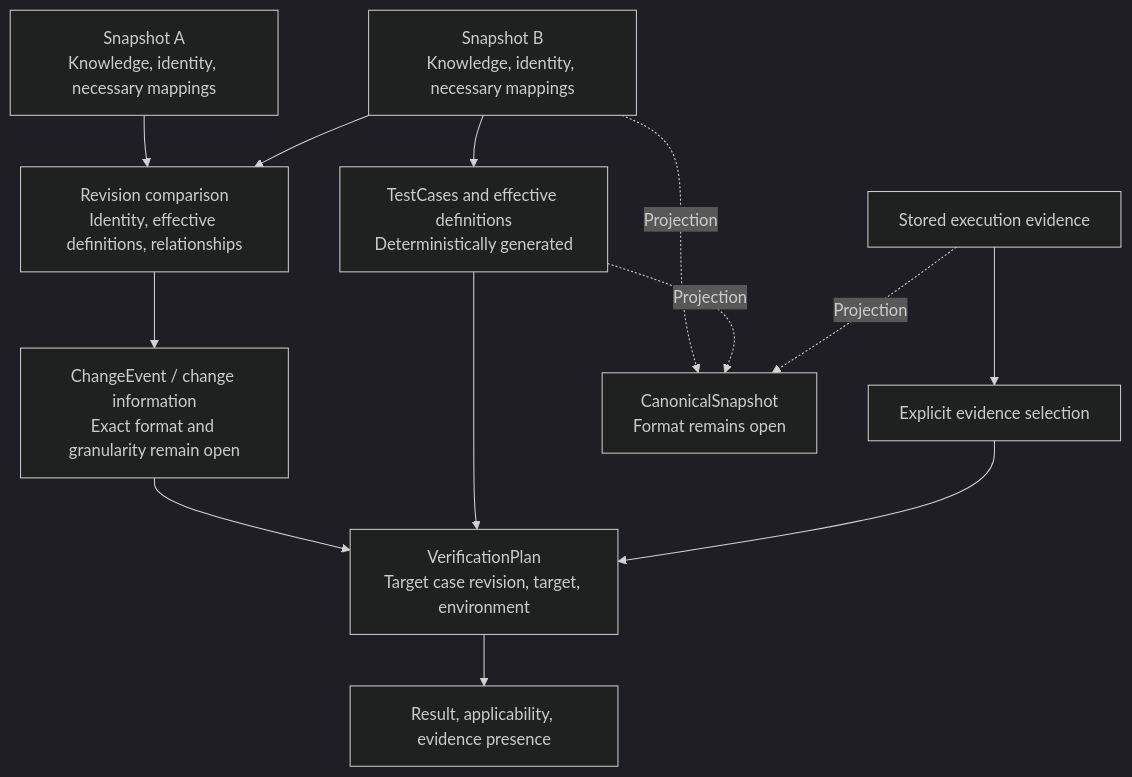
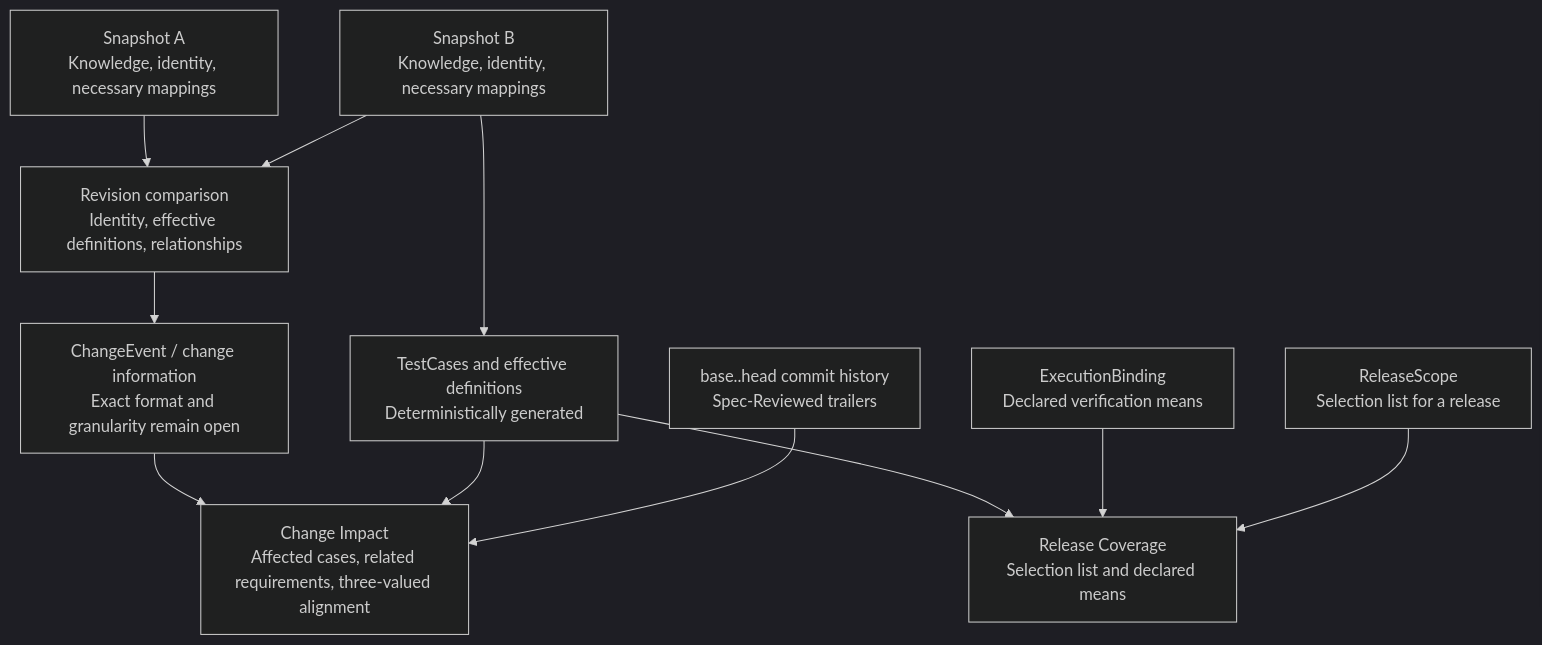
One commit to markharness/markharness changed the third of 3 diagrams in docs/en/git-native-model-for-test-knowledge-management.md. Above: the diagram before and after it, drawn with Mermaid (dark theme). The commit also changed other lines of this file and 1 other file, not shown here.

````diff
--- a/docs/en/git-native-model-for-test-knowledge-management.md
+++ b/docs/en/git-native-model-for-test-knowledge-management.md
@@ -212,15 +213,13 @@
 ```mermaid
 flowchart TB
   A["Snapshot A\nKnowledge, identity, necessary mappings"] --> D["Revision comparison\nIdentity, effective definitions, relationships"]
   B["Snapshot B\nKnowledge, identity, necessary mappings"] --> D
   D --> CE["ChangeEvent / change information\nExact format and granularity remain open"]
   B --> C["TestCases and effective definitions\nDeterministically generated"]
-  CE --> P["VerificationPlan\nTarget case revision, target, environment"]
-  C --> P
-  E["Stored execution evidence"] --> S["Explicit evidence selection"]
-  S --> P
-  P --> V["Result, applicability, evidence presence"]
-  B -. "Projection" .-> CS["CanonicalSnapshot\nFormat remains open"]
-  C -. "Projection" .-> CS
-  E -. "Projection" .-> CS
+  CE --> IM["Change Impact\nAffected cases, related requirements, three-valued alignment"]
+  C --> IM
+  H["base..head commit history\nSpec-Reviewed trailers"] --> IM
+  C --> RC["Release Coverage\nSelection list and declared means"]
+  BD["ExecutionBinding\nDeclared verification means"] --> RC
+  RS["ReleaseScope\nSelection list for a release"] --> RC
 ```
````
